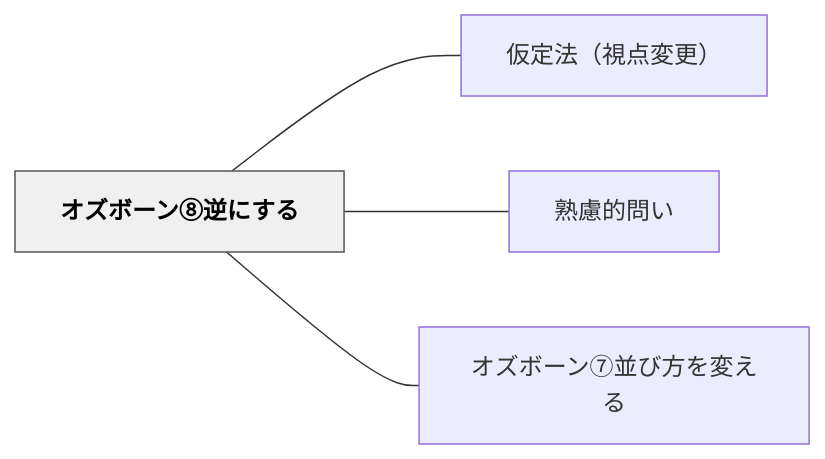
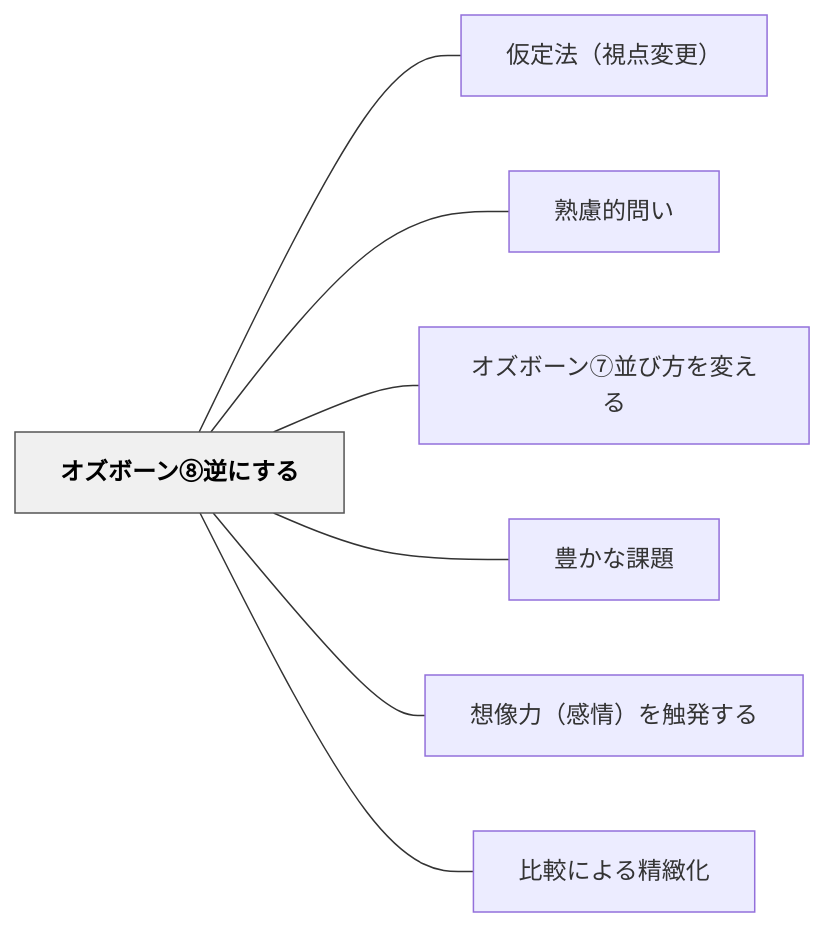
Before and after one commit to unknownthings-ed-patterns/unknownthings-ed-patterns: the diagram in content/パタン/オズボーン⑧逆にする.md, drawn with Mermaid. The commit also changed other lines of this file and 71 other files, not shown here.

````diff
--- a/content/パタン/オズボーン⑧逆にする.md
+++ b/content/パタン/オズボーン⑧逆にする.md
@@ -46,14 +49,20 @@
 ```mermaid
 flowchart LR
     ne382aae382bae3839ce383bce383b3e291a7e98086e381abe38199e3828b["オズボーン⑧逆にする"]
     ne4bbaee5ae9ae6b395efbc88e8a696e782b9e5a489e69bb4efbc89["仮定法（視点変更）"]
     ne7869fe685aee79a84e5958fe38184["熟慮的問い"]
     ne382aae382bae3839ce383bce383b3e291a6e4b8a6e381b3e696b9e38292e5a489e38188e3828b["オズボーン⑦並び方を変える"]
+    ne8b18ae3818be381aae8aab2e9a18c["豊かな課題"]
+    ne683b3e5838fe58a9befbc88e6849fe68385efbc89e38292e8a7a6e799bae38199e3828b["想像力（感情）を触発する"]
+    ne6af94e8bc83e381abe38288e3828be7b2bee7b7bbe58c96["比較による精緻化"]
 
     ne382aae382bae3839ce383bce383b3e291a7e98086e381abe38199e3828b --- ne4bbaee5ae9ae6b395efbc88e8a696e782b9e5a489e69bb4efbc89
     ne382aae382bae3839ce383bce383b3e291a7e98086e381abe38199e3828b --- ne7869fe685aee79a84e5958fe38184
     ne382aae382bae3839ce383bce383b3e291a7e98086e381abe38199e3828b --- ne382aae382bae3839ce383bce383b3e291a6e4b8a6e381b3e696b9e38292e5a489e38188e3828b
+    ne382aae382bae3839ce383bce383b3e291a7e98086e381abe38199e3828b --- ne8b18ae3818be381aae8aab2e9a18c
+    ne382aae382bae3839ce383bce383b3e291a7e98086e381abe38199e3828b --- ne683b3e5838fe58a9befbc88e6849fe68385efbc89e38292e8a7a6e799bae38199e3828b
+    ne382aae382bae3839ce383bce383b3e291a7e98086e381abe38199e3828b --- ne6af94e8bc83e381abe38288e3828be7b2bee7b7bbe58c96
 
     classDef hub fill:#f0f0f0,stroke:#555,color:#000,font-weight:bold
     class ne382aae382bae3839ce383bce383b3e291a7e98086e381abe38199e3828b hub
 ```
````
